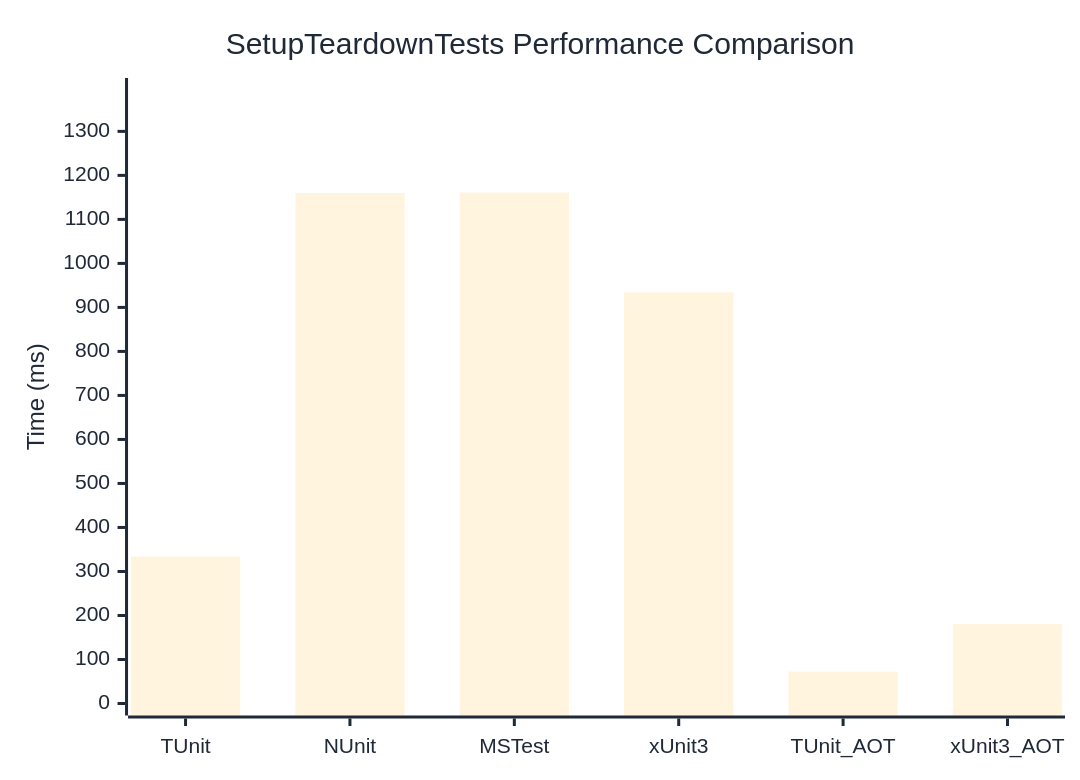
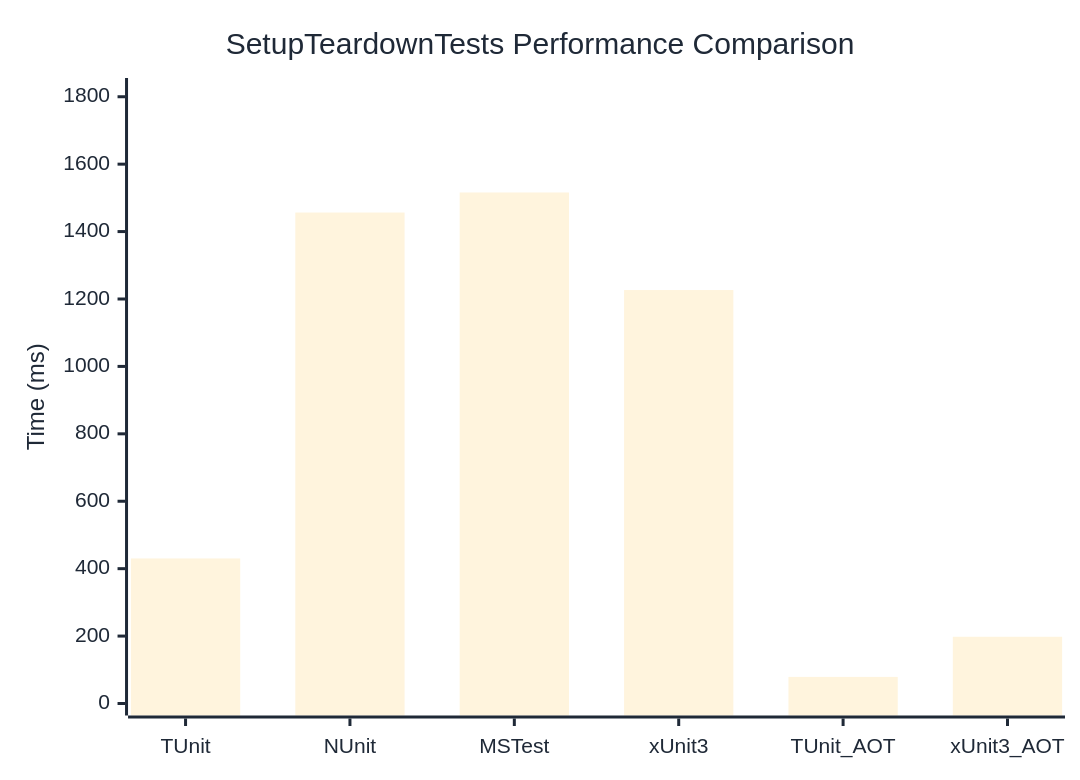
The diagram in docs/docs/benchmarks/engine/SetupTeardownTests.md (thomhurst/TUnit), drawn with Mermaid before and after one commit. The commit also changed other lines of this file and 17 other files, not shown here.

````diff
--- a/docs/docs/benchmarks/engine/SetupTeardownTests.md
+++ b/docs/docs/benchmarks/engine/SetupTeardownTests.md
@@ -30,37 +30,37 @@
 ```mermaid
 %%{init: {
   'theme':'base',
   'themeVariables': {
     'primaryColor': '#2563eb',
     'primaryTextColor': '#1f2937',
     'primaryBorderColor': '#1e40af',
     'lineColor': '#6b7280',
     'secondaryColor': '#7c3aed',
     'tertiaryColor': '#dc2626',
     'background': '#ffffff',
     'mainBkg': '#2563eb',
     'secondBkg': '#7c3aed',
     'tertiaryBkg': '#dc2626',
     'clusterBkg': '#f3f4f6',
     'edgeLabelBackground': '#ffffff',
     'tertiaryTextColor': '#1f2937',
     'pie1': '#2563eb',
     'pie2': '#7c3aed',
     'pie3': '#dc2626',
     'pie4': '#f59e0b',
     'pie5': '#10b981',
     'pie6': '#06b6d4',
     'pie7': '#ec4899',
     'pie8': '#6366f1',
     'pie9': '#84cc16',
     'pie10': '#f97316',
     'pie11': '#14b8a6',
     'pie12': '#a855f7'
   }
 }}%%
 xychart-beta
   title "SetupTeardownTests Performance Comparison"
   x-axis ["TUnit", "NUnit", "MSTest", "xUnit3", "TUnit_AOT", "xUnit3_AOT"]
-  y-axis "Time (ms)" 0 --> 1394
-  bar [333.92, 1159.77, 1160.92, 934.09, 72.37, 180.99]
+  y-axis "Time (ms)" 0 --> 1820
+  bar [430.3, 1456.47, 1516, 1226.54, 78.89, 198]
 ```
````
